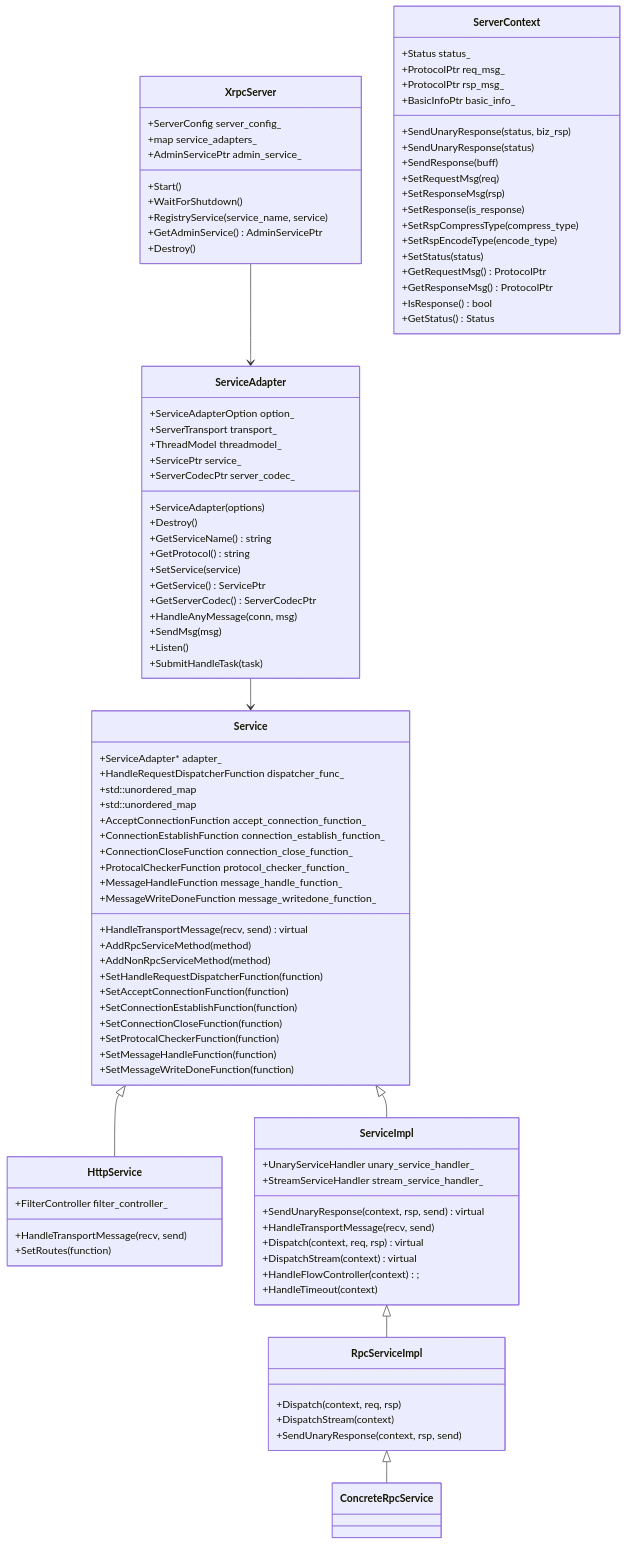
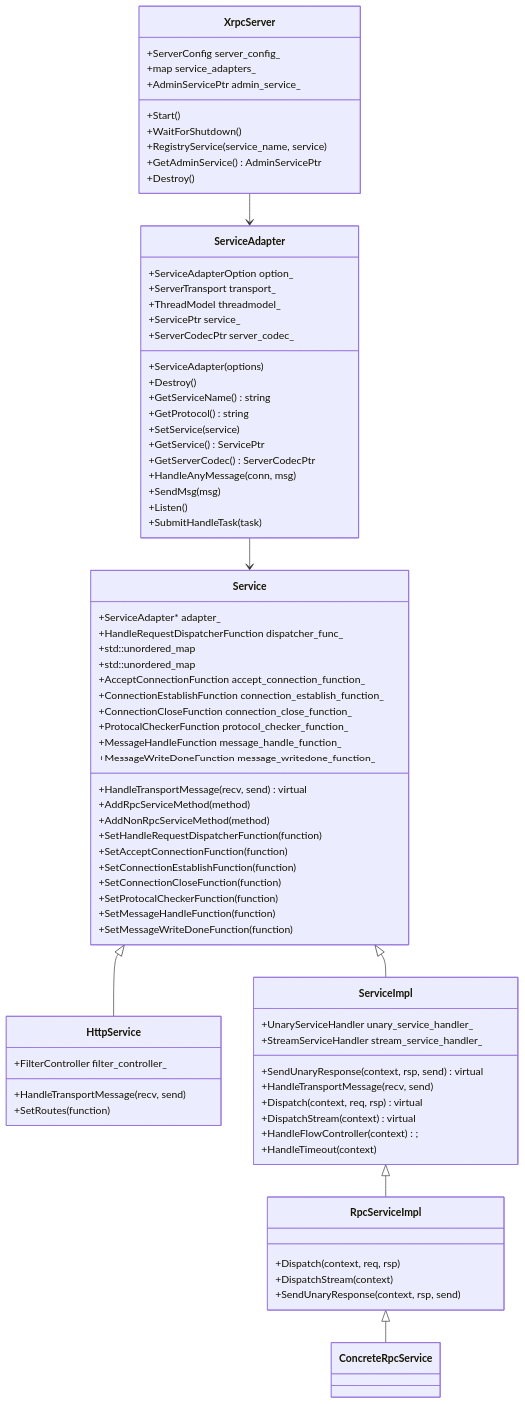
Before and after one commit to lsj9383/blog: the first of 4 diagrams in posts/xrpc/xrpc-server/readme.md, drawn with Mermaid. The commit also changed other lines of this file, not shown here.

````diff
--- a/posts/xrpc/xrpc-server/readme.md
+++ b/posts/xrpc/xrpc-server/readme.md
@@ -118,24 +123,4 @@
   +HandleTransportMessage(recv, send)
   +SetRoutes(function)
 }
-
-class ServerContext {
-  +Status status_
-  +ProtocolPtr req_msg_
-  +ProtocolPtr rsp_msg_
-  +BasicInfoPtr basic_info_
-  +SendUnaryResponse(status, biz_rsp)
-  +SendUnaryResponse(status)
-  +SendResponse(buff)
-  +SetRequestMsg(req)
-  +SetResponseMsg(rsp)
-  +SetResponse(is_response)
-  +SetRspCompressType(compress_type)
-  +SetRspEncodeType(encode_type)
-  +SetStatus(status)
-  +GetRequestMsg() ProtocolPtr
-  +GetResponseMsg() ProtocolPtr
-  +IsResponse() bool
-  +GetStatus() Status
-}
 ```
````
